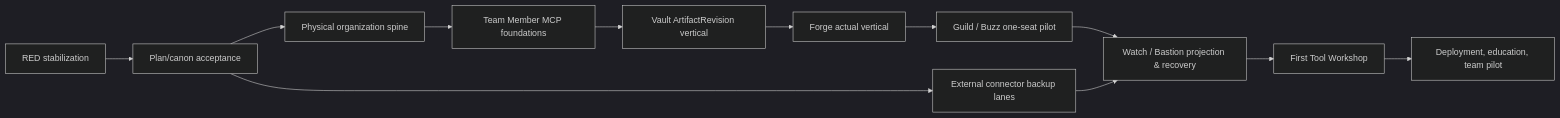
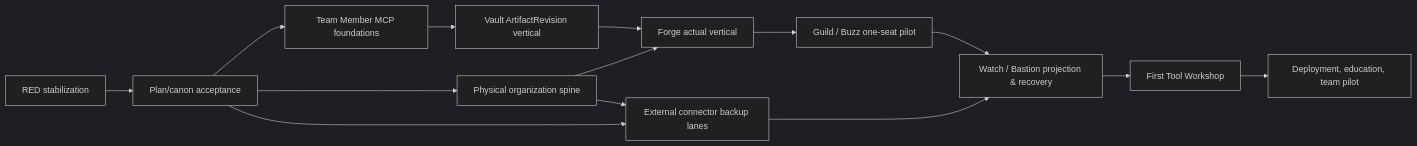
The diagram in docs/architecture/foundation/team_member_engineering_program/14_ROADMAP_GATES_AND_DAG.md (SungYongMOON/soulforge), drawn with Mermaid (dark theme) before and after one commit. The commit also changed 3 other files, not shown here.

Commit message:
docs(architecture): reconcile physical spine review findings

````diff
--- a/docs/architecture/foundation/team_member_engineering_program/14_ROADMAP_GATES_AND_DAG.md
+++ b/docs/architecture/foundation/team_member_engineering_program/14_ROADMAP_GATES_AND_DAG.md
@@ -9,14 +9,16 @@
 ```mermaid
 flowchart LR
   R[RED stabilization] --> P[Plan/canon acceptance]
+  P --> M[Team Member MCP foundations]
   P --> O[Physical organization spine]
-  O --> M[Team Member MCP foundations]
   M --> V[Vault ArtifactRevision vertical]
   V --> F[Forge actual vertical]
+  O --> F
   F --> G[Guild / Buzz one-seat pilot]
   G --> W[Watch / Bastion projection & recovery]
   W --> T[First Tool Workshop]
   T --> D[Deployment, education, team pilot]
   P --> X[External connector backup lanes]
+  O --> X
   X --> W
 ```
````
